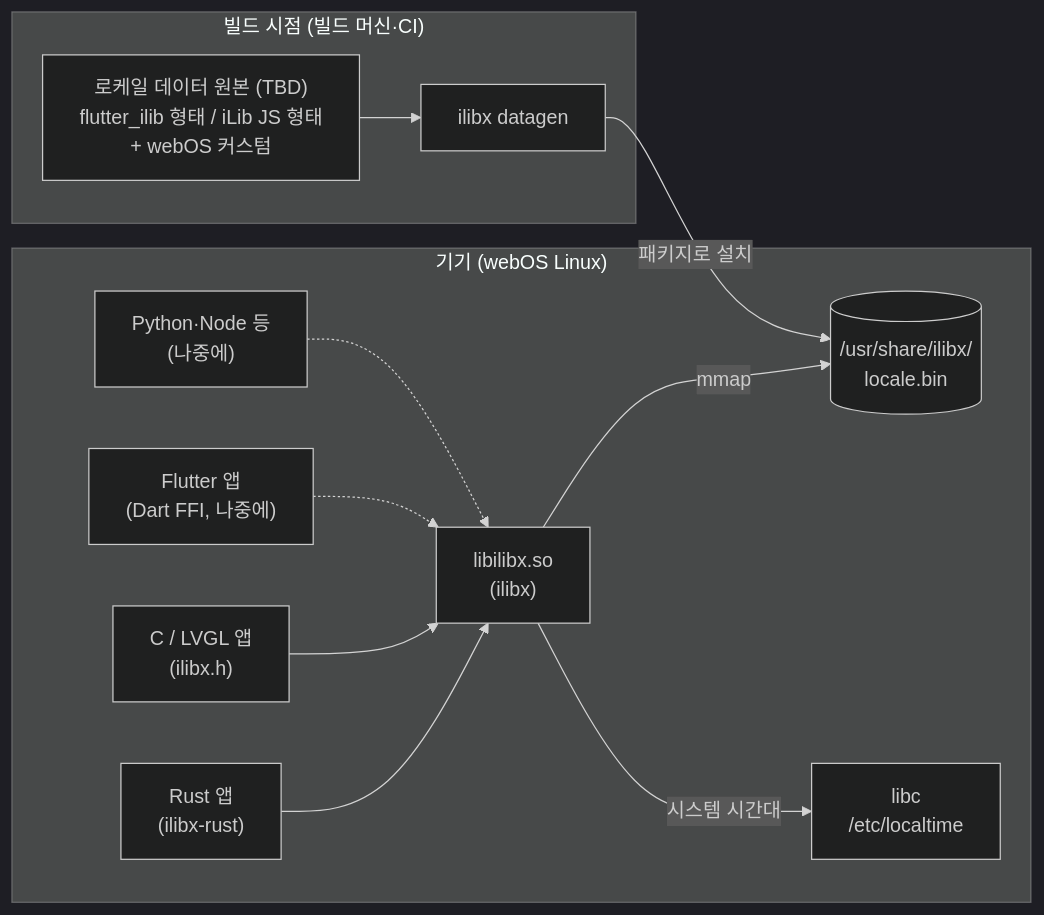
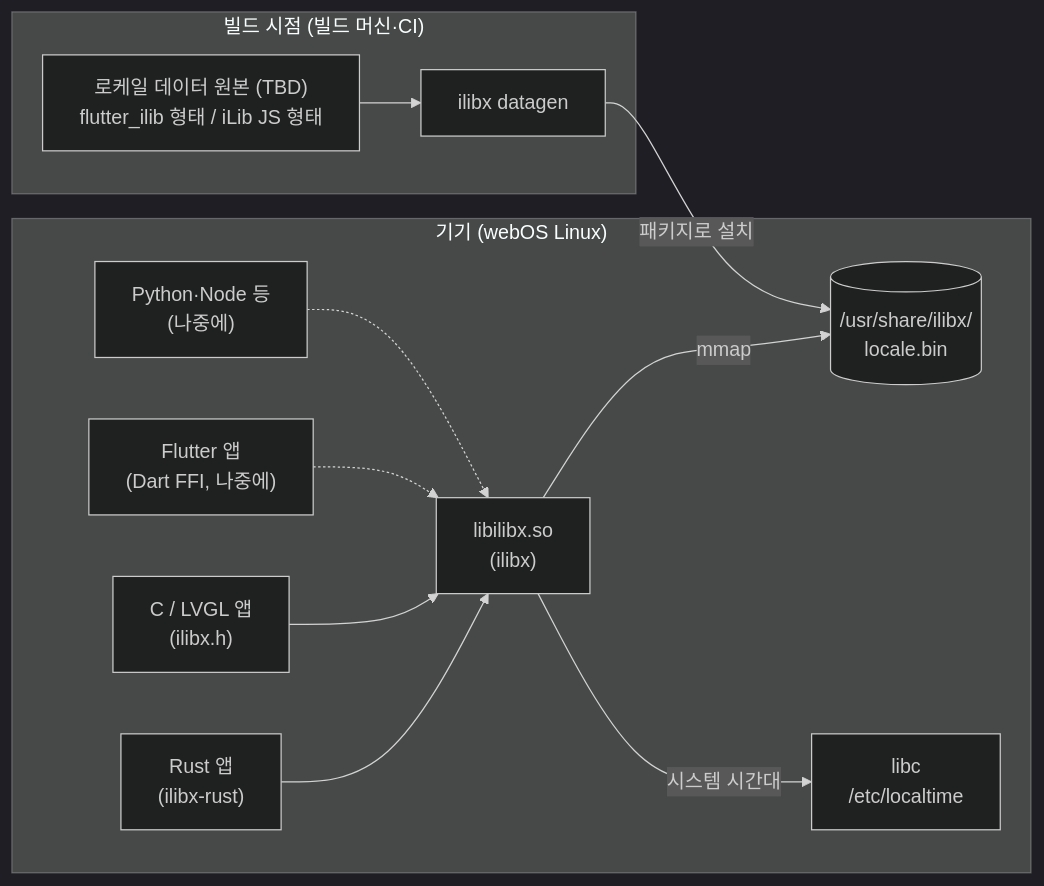
One commit to iLib-js/ilibx changed the first of 3 diagrams in docs/LLD_ilibx.ko.md. Above: the diagram before and after it, drawn with Mermaid (dark theme). The commit also changed other lines of this file, not shown here.

````diff
--- a/docs/LLD_ilibx.ko.md
+++ b/docs/LLD_ilibx.ko.md
@@ -209,27 +192,27 @@
 ```mermaid
 graph LR
     subgraph build["빌드 시점 (빌드 머신·CI)"]
-        SRC["로케일 데이터 원본 (TBD)<br/>flutter_ilib 형태 / iLib JS 형태<br/>+ webOS 커스텀"]
+        SRC["로케일 데이터 원본 (TBD)<br/>flutter_ilib 형태 / iLib JS 형태"]
         GEN["ilibx datagen"]
         SRC --> GEN
     end
 
     subgraph device["기기 (webOS Linux)"]
         RUST["Rust 앱<br/>(ilibx-rust)"]
         CAPP["C / LVGL 앱<br/>(ilibx.h)"]
         FLUT["Flutter 앱<br/>(Dart FFI, 나중에)"]
         OTHER["Python·Node 등<br/>(나중에)"]
         SO["libilibx.so<br/>(ilibx)"]
         BIN[("/usr/share/ilibx/<br/>locale.bin")]
         LIBC["libc<br/>/etc/localtime"]
 
         RUST --> SO
         CAPP --> SO
         FLUT -.-> SO
         OTHER -.-> SO
         SO -->|mmap| BIN
         SO -->|시스템 시간대| LIBC
     end
 
     GEN -->|패키지로 설치| BIN
 ```
````
